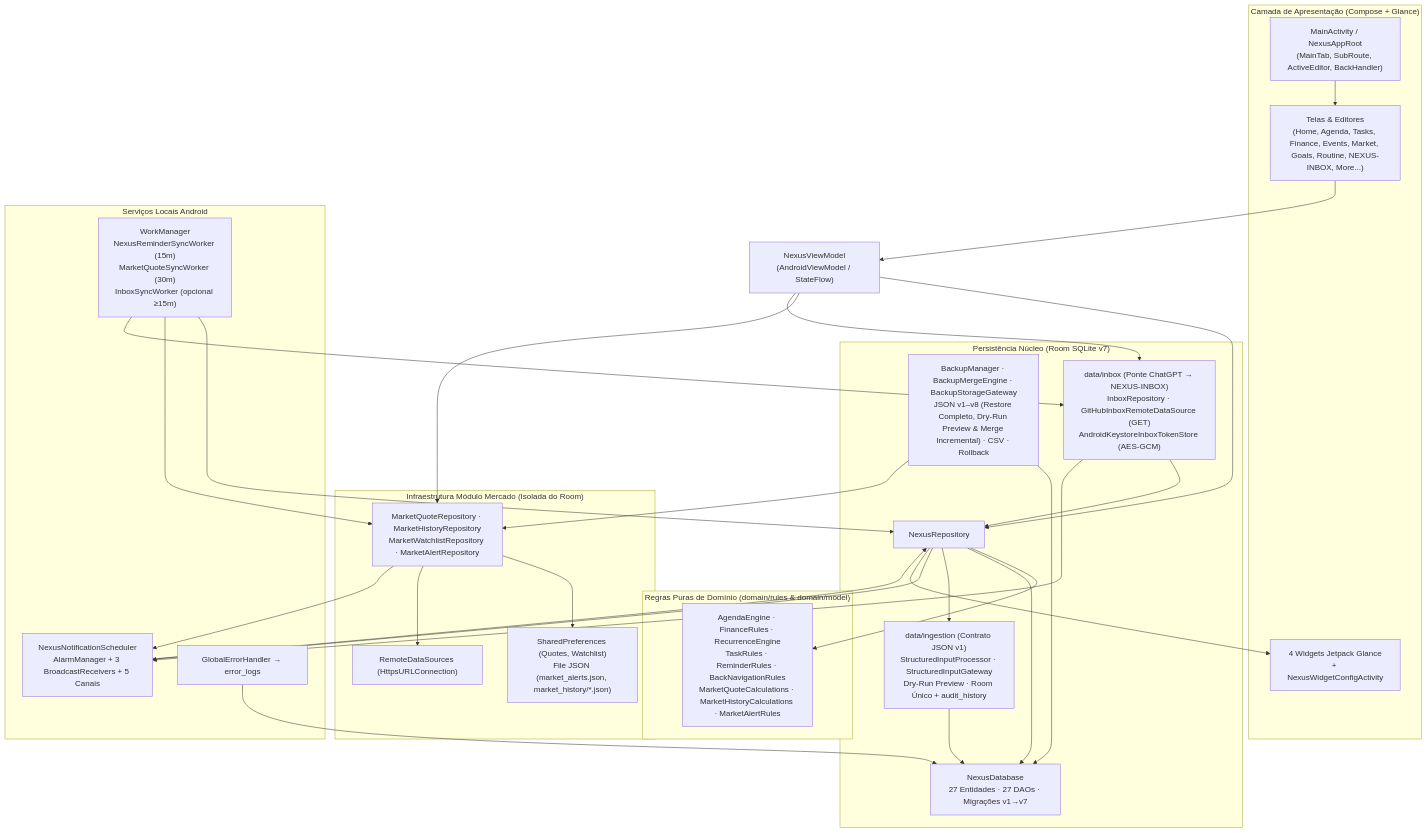
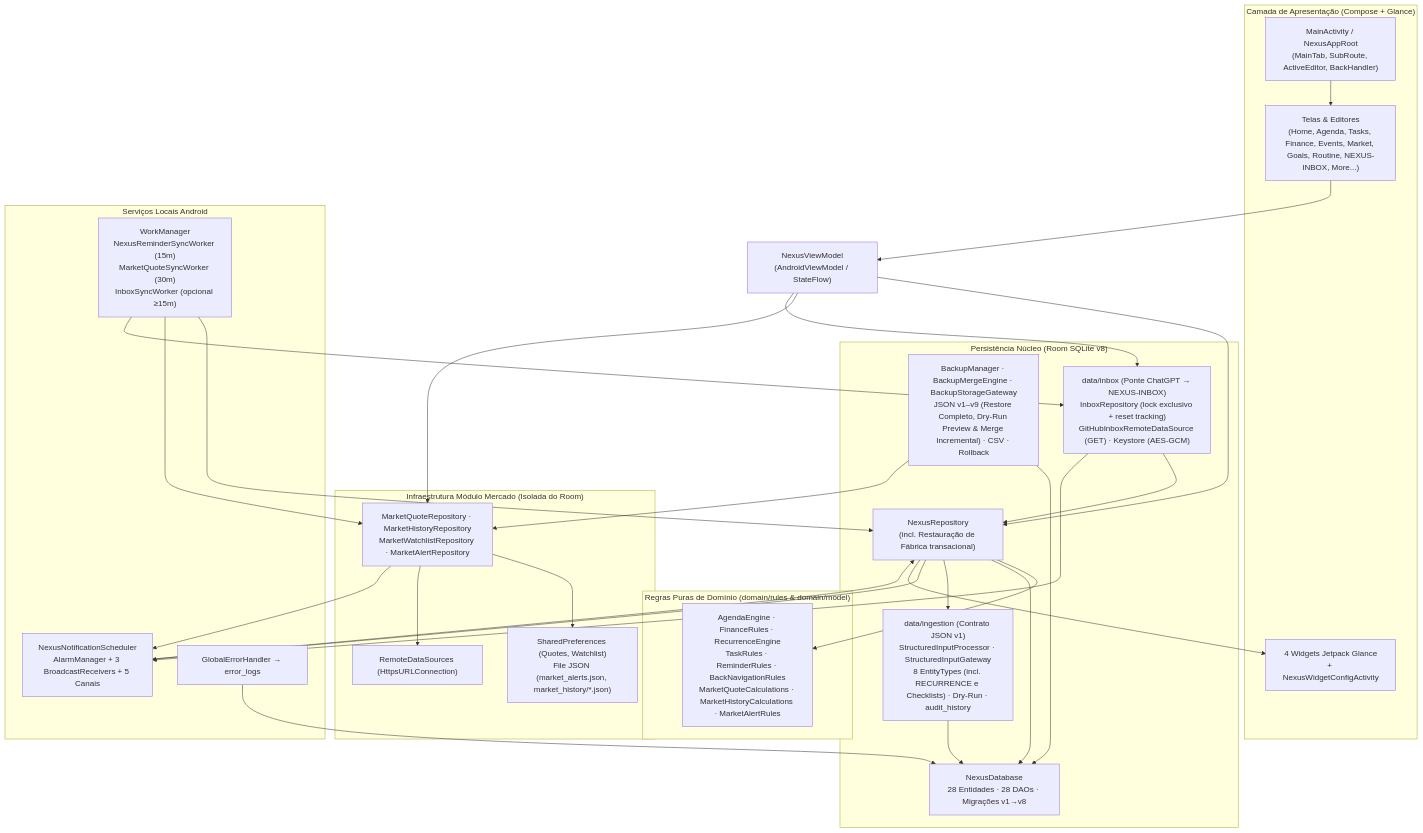
The second of 2 diagrams in docs/03_ARQUITETURA_ENGENHARIA.md (enzonunezmachado/PROJETO-NEXUS-), drawn with Mermaid before and after one commit. The commit also changed other lines of this file and 51 other files, not shown here.

````diff
--- a/docs/03_ARQUITETURA_ENGENHARIA.md
+++ b/docs/03_ARQUITETURA_ENGENHARIA.md
@@ -40,58 +40,58 @@
 ```mermaid
 flowchart TB
     subgraph UI["Camada de Apresentação (Compose + Glance)"]
         MA["MainActivity / NexusAppRoot<br/>(MainTab, SubRoute, ActiveEditor, BackHandler)"]
         Screens["Telas & Editores<br/>(Home, Agenda, Tasks, Finance, Events, Market, Goals, Routine, NEXUS-INBOX, More...)"]
         Glance["4 Widgets Jetpack Glance<br/>+ NexusWidgetConfigActivity"]
     end
 
     VM["NexusViewModel<br/>(AndroidViewModel / StateFlow)"]
 
     subgraph Domain["Regras Puras de Domínio (domain/rules & domain/model)"]
         Rules["AgendaEngine · FinanceRules · RecurrenceEngine<br/>TaskRules · ReminderRules · BackNavigationRules<br/>MarketQuoteCalculations · MarketHistoryCalculations · MarketAlertRules"]
     end
 
-    subgraph DataCore["Persistência Núcleo (Room SQLite v7)"]
-        Repo["NexusRepository"]
-        DB["NexusDatabase<br/>27 Entidades · 27 DAOs · Migrações v1→v7"]
-        BM["BackupManager · BackupMergeEngine · BackupStorageGateway<br/>JSON v1–v8 (Restore Completo, Dry-Run Preview &amp; Merge Incremental) · CSV · Rollback"]
-        ING["data/ingestion (Contrato JSON v1)<br/>StructuredInputProcessor · StructuredInputGateway<br/>Dry-Run Preview · Room Único + audit_history"]
-        INB["data/inbox (Ponte ChatGPT → NEXUS-INBOX)<br/>InboxRepository · GitHubInboxRemoteDataSource (GET)<br/>AndroidKeystoreInboxTokenStore (AES-GCM)"]
+    subgraph DataCore["Persistência Núcleo (Room SQLite v8)"]
+        Repo["NexusRepository<br/>(incl. Restauração de Fábrica transacional)"]
+        DB["NexusDatabase<br/>28 Entidades · 28 DAOs · Migrações v1→v8"]
+        BM["BackupManager · BackupMergeEngine · BackupStorageGateway<br/>JSON v1–v9 (Restore Completo, Dry-Run Preview &amp; Merge Incremental) · CSV · Rollback"]
+        ING["data/ingestion (Contrato JSON v1)<br/>StructuredInputProcessor · StructuredInputGateway<br/>8 EntityTypes (incl. RECURRENCE e Checklists) · Dry-Run · audit_history"]
+        INB["data/inbox (Ponte ChatGPT → NEXUS-INBOX)<br/>InboxRepository (lock exclusivo + reset tracking)<br/>GitHubInboxRemoteDataSource (GET) · Keystore (AES-GCM)"]
     end
 
     subgraph DataMarket["Infraestrutura Módulo Mercado (Isolada do Room)"]
         MRepo["MarketQuoteRepository · MarketHistoryRepository<br/>MarketWatchlistRepository · MarketAlertRepository"]
         MStores["SharedPreferences (Quotes, Watchlist)<br/>File JSON (market_alerts.json, market_history/*.json)"]
         MNet["RemoteDataSources (HttpsURLConnection)"]
     end
 
     subgraph SystemBG["Serviços Locais Android"]
         Notif["NexusNotificationScheduler<br/>AlarmManager + 3 BroadcastReceivers + 5 Canais"]
         Workers["WorkManager<br/>NexusReminderSyncWorker (15m)<br/>MarketQuoteSyncWorker (30m)<br/>InboxSyncWorker (opcional ≥15m)"]
         Err["GlobalErrorHandler → error_logs"]
     end
 
     MA --> Screens
     Screens --> VM
     VM --> Repo
     VM --> MRepo
     VM --> INB
     Repo --> Rules
     Repo --> DB
     Repo --> ING
     ING --> DB
     INB --> Repo
     INB --> Notif
     Repo --> Notif
     Repo --> Glance
     BM --> DB
     BM --> MRepo
     MRepo --> MStores
     MRepo --> MNet
     MRepo --> Notif
     Workers --> Repo
     Workers --> MRepo
     Workers --> INB
     Notif --> Repo
     Err --> DB
 ```
````
